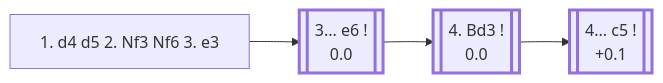
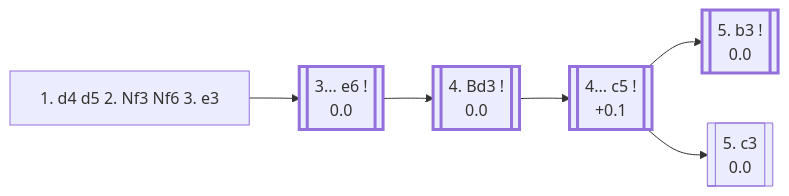
Before and after one commit to onclemarcel/chess_flashcards: the diagram in d4_openings/D04_Colle_System.md, drawn with Mermaid. The commit also changed other lines of this file and 9 other files, not shown here.

````diff
--- a/d4_openings/D04_Colle_System.md
+++ b/d4_openings/D04_Colle_System.md
@@ -12,15 +12,20 @@
 ```mermaid
 flowchart LR
     classDef main stroke-width:3px;
 
     e3["1. d4 d5 2. Nf3 Nf6 3. e3"]
     click e3 "#_initial_move_" "D04 · Queen's Pawn Game: Colle System"
 
     e3 --> e6[["3... e6 !<br/>0.0"]]:::main
     click e6 "#_e6_" "D05 · Queen's Pawn Game: Colle System"
 
     e6 --> Bd3[["4. Bd3 !<br/>0.0"]]:::main
     click Bd3 "#_Bd3_" "D05 · Queen's Pawn Game: Colle System"
     Bd3 --> c5b[["4... c5 !<br/>+0.1"]]:::main
     click c5b "#_c5_" "D05 · Queen's Pawn Game: Colle System"
+
+    c5b --> b3n[["5. b3 !<br/>0.0"]]:::main
+    click b3n "#_b3_" "D05 · Rubinstein Opening"
+    c5b --> c3n[["5. c3<br/>0.0"]]
+    click c3n "#_c3_" "D05 · Queen's Pawn Game: Colle System, Traditional Colle"
 ```
````
